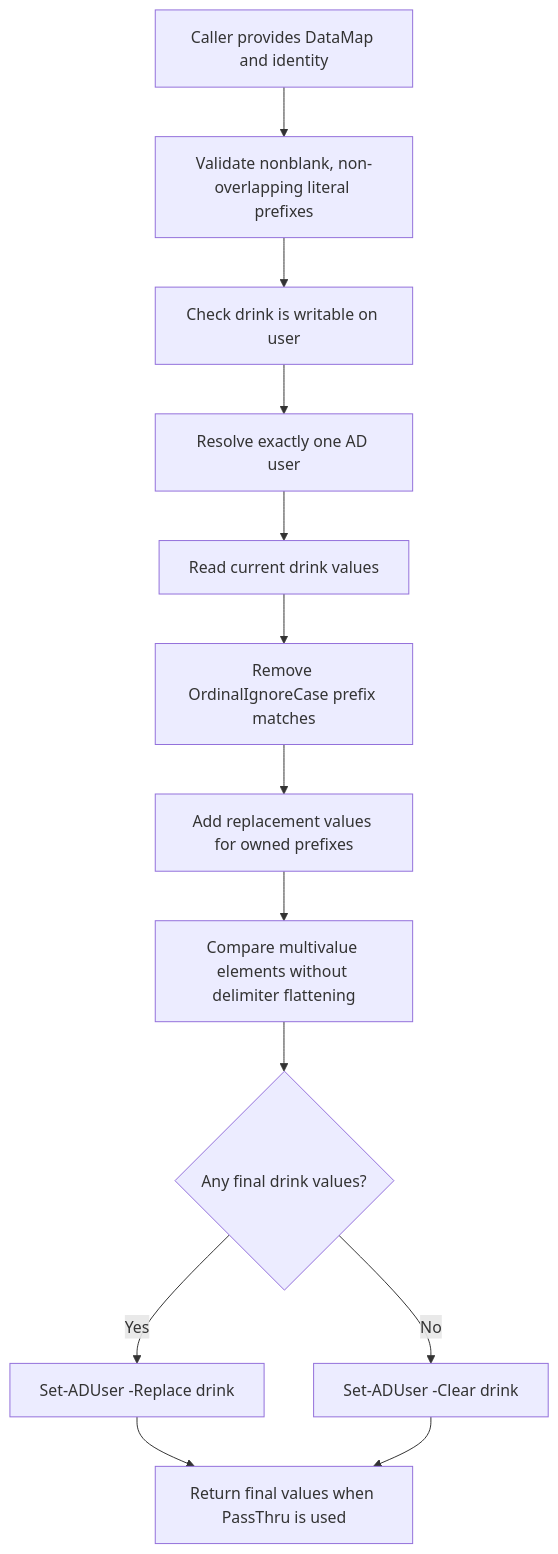
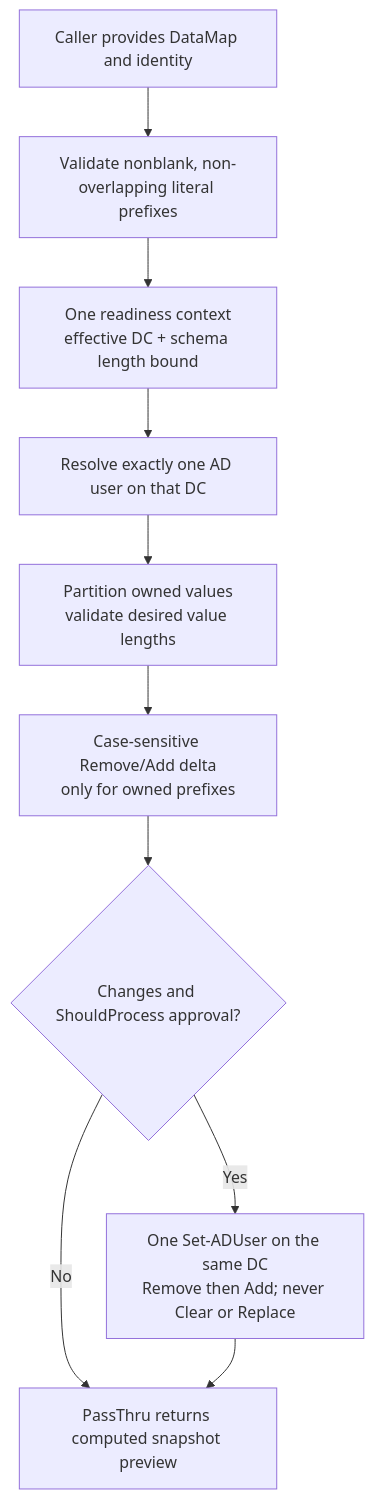
Before and after one commit to jonathanweinberg/DrunkenAD: the diagram in docs/diagrams/namespace-write-model.mmd, drawn with Mermaid. The commit also changed 17 other files, not shown here.

First line of the commit message:
docs: adjudicate October review and refresh write-flow visuals

```diff
--- a/docs/diagrams/namespace-write-model.mmd
+++ b/docs/diagrams/namespace-write-model.mmd
@@ -1,13 +1,10 @@
 flowchart TD
     START["Caller provides DataMap and identity"] --> VALIDATE["Validate nonblank, non-overlapping literal prefixes"]
-    VALIDATE --> READY["Check drink is writable on user"]
-    READY --> RESOLVE["Resolve exactly one AD user"]
-    RESOLVE --> READ["Read current drink values"]
-    READ --> FILTER["Remove OrdinalIgnoreCase prefix matches"]
-    FILTER --> MERGE["Add replacement values for owned prefixes"]
-    MERGE --> COMPARE["Compare multivalue elements without delimiter flattening"]
-    COMPARE --> DECIDE{"Any final drink values?"}
-    DECIDE -->|Yes| REPLACE["Set-ADUser -Replace drink"]
-    DECIDE -->|No| CLEAR["Set-ADUser -Clear drink"]
-    REPLACE --> RETURN["Return final values when PassThru is used"]
-    CLEAR --> RETURN
+    VALIDATE --> READY["One readiness context<br/>effective DC + schema length bound"]
+    READY --> RESOLVE["Resolve exactly one AD user on that DC"]
+    RESOLVE --> PLAN["Partition owned values<br/>validate desired value lengths"]
+    PLAN --> DELTA["Case-sensitive Remove/Add delta<br/>only for owned prefixes"]
+    DELTA --> DECIDE{"Changes and ShouldProcess approval?"}
+    DECIDE -->|Yes| WRITE["One Set-ADUser on the same DC<br/>Remove then Add; never Clear or Replace"]
+    DECIDE -->|No| RETURN["PassThru returns computed snapshot preview"]
+    WRITE --> RETURN
```
